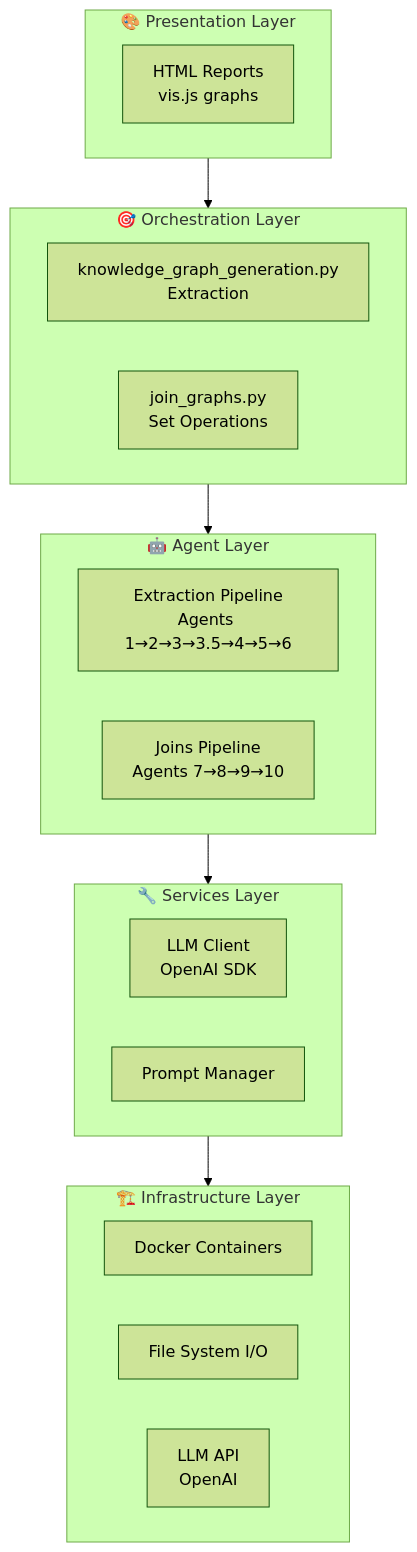
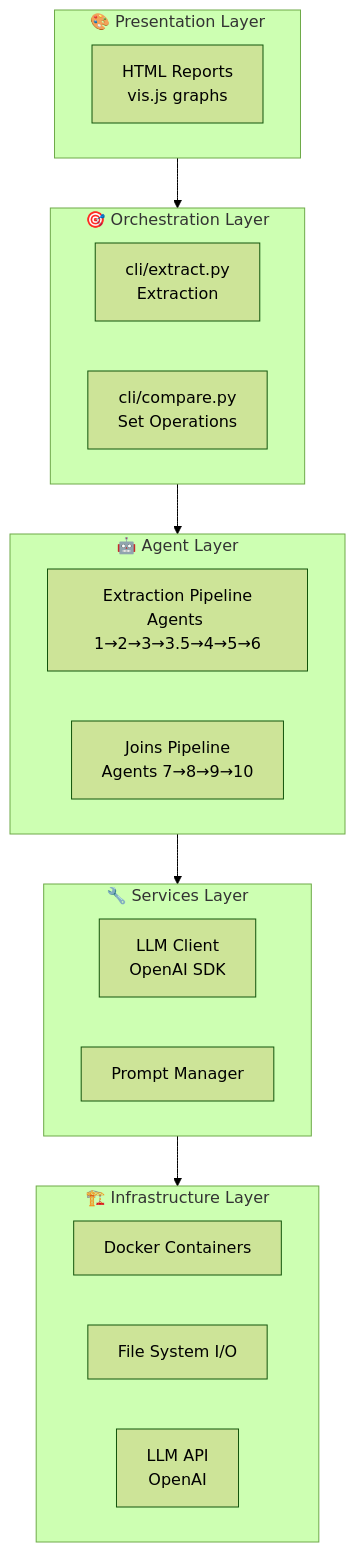
The second of 14 diagrams in apps/pipeline/docs/ARCHITECTURE.md (rrahimi-uci/policy-to-knowledge), drawn with Mermaid (forest theme) before and after one commit. The commit also changed other lines of this file and 59 other files, not shown here.

````diff
--- a/apps/pipeline/docs/ARCHITECTURE.md
+++ b/apps/pipeline/docs/ARCHITECTURE.md
@@ -40,33 +40,33 @@
 ```mermaid
 flowchart TB
     subgraph Presentation["🎨 Presentation Layer"]
         HTML[HTML Reports<br/>vis.js graphs]
     end
 
     subgraph Orchestration["🎯 Orchestration Layer"]
-        MAIN[knowledge_graph_generation.py<br/>Extraction]
-        JOINS[join_graphs.py<br/>Set Operations]
+        MAIN[cli/extract.py<br/>Extraction]
+        JOINS[cli/compare.py<br/>Set Operations]
     end
 
     subgraph Agents["🤖 Agent Layer"]
         direction LR
         EXT[Extraction Pipeline<br/>Agents 1→2→3→3.5→4→5→6]
         JOIN[Joins Pipeline<br/>Agents 7→8→9→10]
     end
 
     subgraph Services["🔧 Services Layer"]
         LLMC[LLM Client<br/>OpenAI SDK]
         PM[Prompt Manager]
     end
 
     subgraph Infrastructure["🏗️ Infrastructure Layer"]
         DOCKER[Docker Containers]
         FS[File System I/O]
         API[LLM API<br/>OpenAI]
     end
 
     Presentation --> Orchestration
     Orchestration --> Agents
     Agents --> Services
     Services --> Infrastructure
 ```
````
